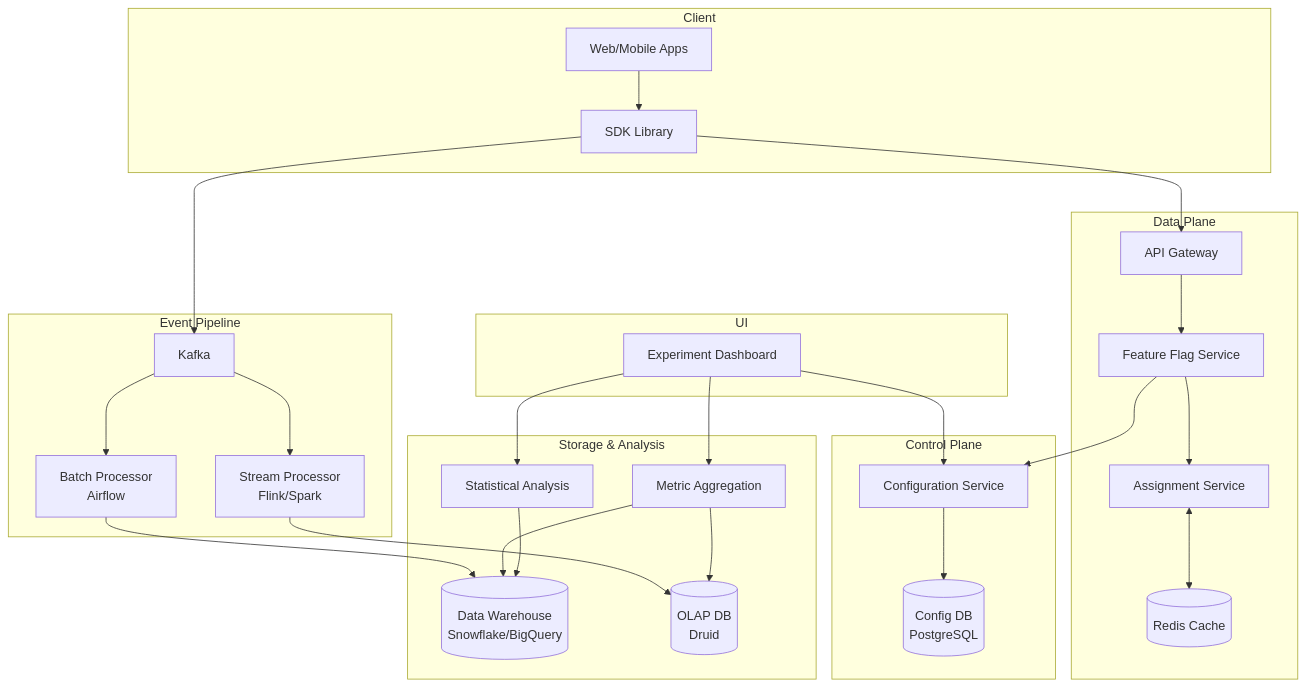
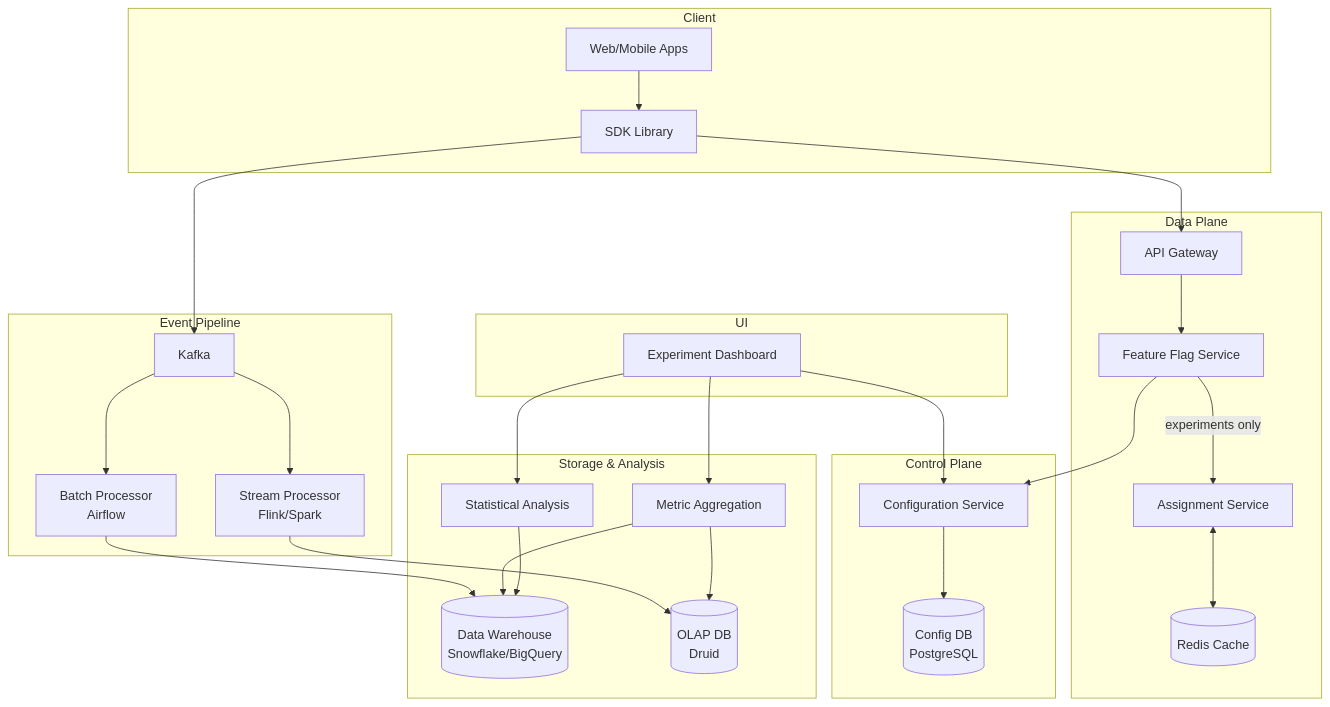
Before and after one commit to brandon-benge/InterviewPrep: the diagram in system-design/designs/experimentation-framework/experimentation-framework.md, drawn with Mermaid. The commit also changed other lines of this file, not shown here.

````diff
--- a/system-design/designs/experimentation-framework/experimentation-framework.md
+++ b/system-design/designs/experimentation-framework/experimentation-framework.md
@@ -10,55 +10,55 @@
 ```mermaid
 flowchart TB
     subgraph Client
         A[Web/Mobile Apps]
         C[SDK Library]
     end
     
     subgraph Control Plane
         H[Configuration Service]
         G[(Config DB<br/>PostgreSQL)]
     end
     
     subgraph Data Plane
         D[API Gateway]
         F[Feature Flag Service]
         E[Assignment Service]
         I[(Redis Cache)]
     end
     
     subgraph Event Pipeline
         J[Kafka]
         K[Stream Processor<br/>Flink/Spark]
         L[Batch Processor<br/>Airflow]
     end
     
     subgraph Storage & Analysis
         M[(Data Warehouse<br/>Snowflake/BigQuery)]
         N[(OLAP DB<br/>Druid)]
         O[Statistical Analysis]
         P[Metric Aggregation]
     end
     
     subgraph UI
         Q[Experiment Dashboard]
     end
     
     A --> C
     C --> D
     D --> F
     F --> H
-    F --> E
+    F -->|"experiments only"| E
     E <--> I
     H --> G
     Q --> H
     C --> J
     J --> K
     J --> L
     K --> N
     L --> M
     P --> M
     P --> N
     O --> M
     Q --> O
     Q --> P
 ```
````
